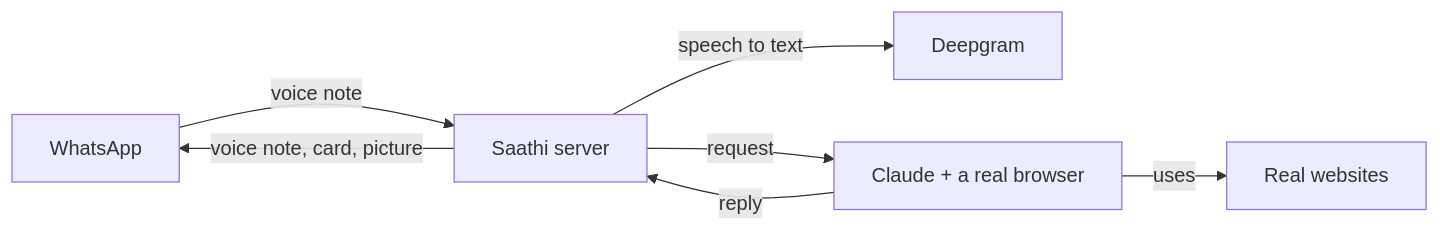
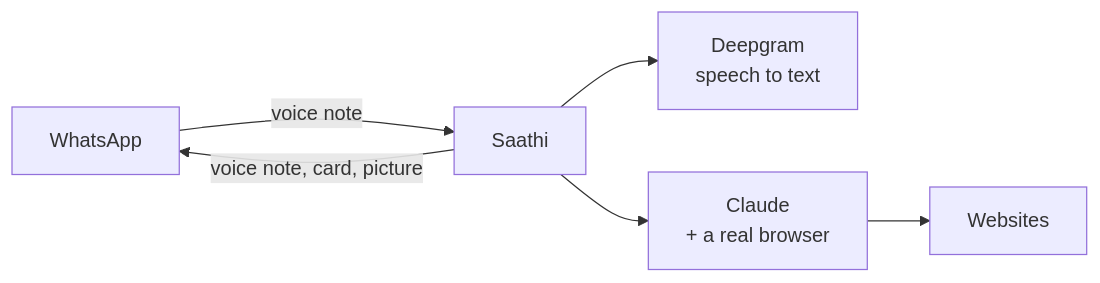
One commit to Malaydewangan09/saathi changed the diagram in README.md. Above: the diagram before and after it, drawn with Mermaid. The commit also changed other lines of this file, not shown here.

````diff
--- a/README.md
+++ b/README.md
@@ -47,9 +43,8 @@
 ```mermaid
 flowchart LR
-  phone["WhatsApp"] -->|voice note| server["Saathi server"]
-  server -->|speech to text| dg["Deepgram"]
-  server -->|request| agent["Claude + a real browser"]
-  agent -->|uses| web["Real websites"]
-  agent -->|reply| server
+  phone["WhatsApp"] -->|voice note| server["Saathi"]
+  server --> dg["Deepgram<br/>speech to text"]
+  server --> agent["Claude<br/>+ a real browser"]
+  agent --> web["Websites"]
   server -->|voice note, card, picture| phone
 ```
````
